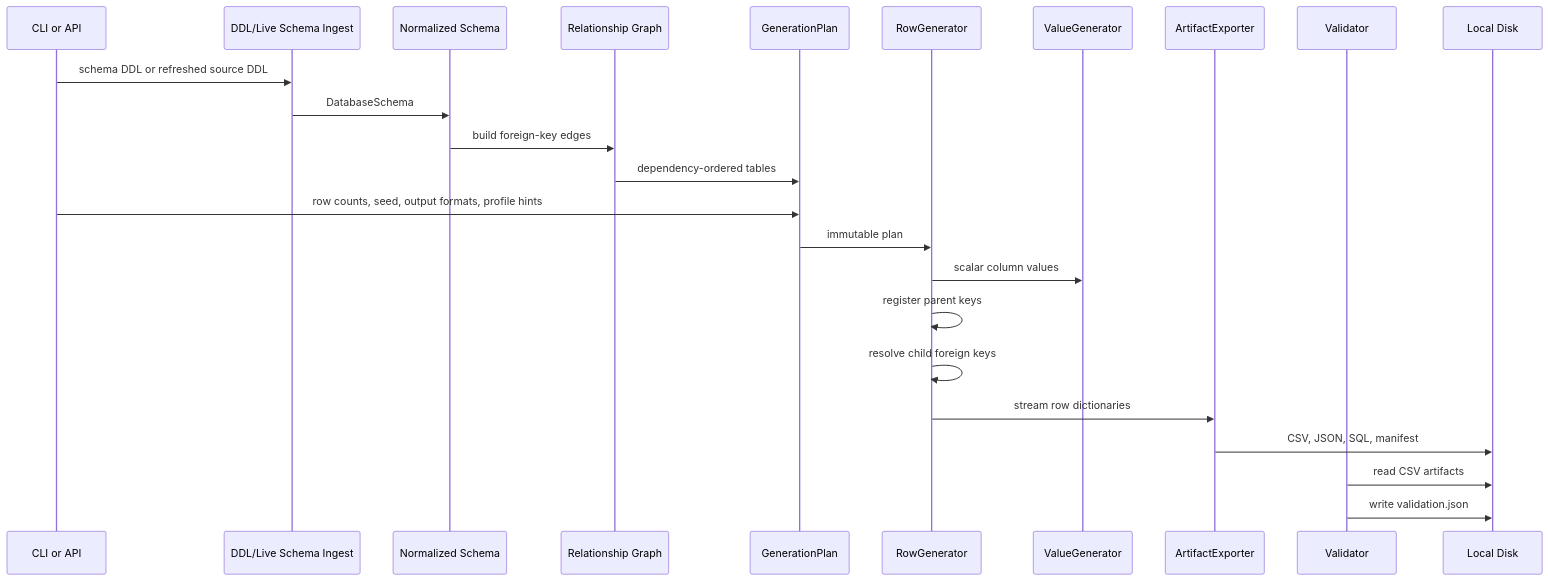
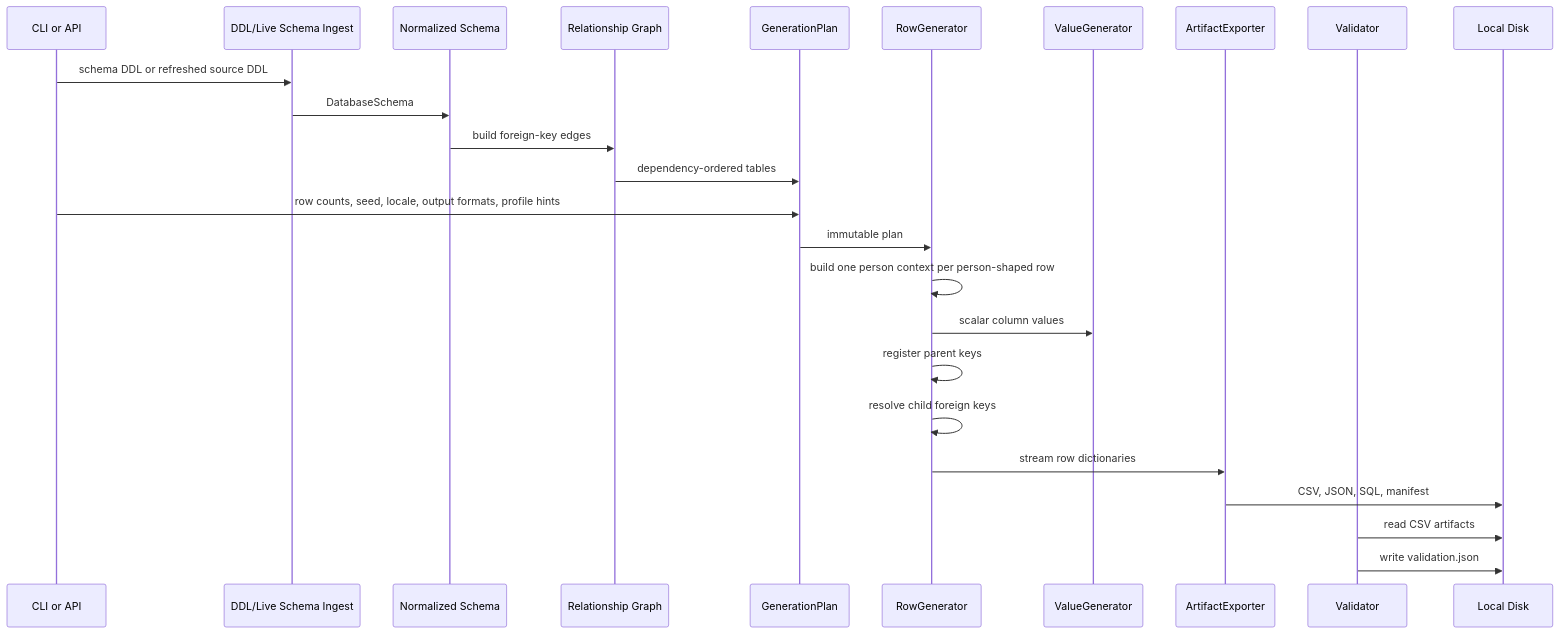
The fourth of 11 diagrams in docs/engineering/low-level-design.md (smitzo/DataBoom), drawn with Mermaid before and after one commit. The commit also changed other lines of this file and 13 other files, not shown here.

````diff
--- a/docs/engineering/low-level-design.md
+++ b/docs/engineering/low-level-design.md
@@ -124,27 +127,28 @@
 ```mermaid
 sequenceDiagram
     participant Client as CLI or API
     participant Ingest as DDL/Live Schema Ingest
     participant Schema as Normalized Schema
     participant Graph as Relationship Graph
     participant Plan as GenerationPlan
     participant Rows as RowGenerator
     participant Values as ValueGenerator
     participant Export as ArtifactExporter
     participant Validate as Validator
     participant Disk as Local Disk
 
     Client->>Ingest: schema DDL or refreshed source DDL
     Ingest->>Schema: DatabaseSchema
     Schema->>Graph: build foreign-key edges
     Graph->>Plan: dependency-ordered tables
-    Client->>Plan: row counts, seed, output formats, profile hints
+    Client->>Plan: row counts, seed, locale, output formats, profile hints
     Plan->>Rows: immutable plan
+    Rows->>Rows: build one person context per person-shaped row
     Rows->>Values: scalar column values
     Rows->>Rows: register parent keys
     Rows->>Rows: resolve child foreign keys
     Rows->>Export: stream row dictionaries
     Export->>Disk: CSV, JSON, SQL, manifest
     Validate->>Disk: read CSV artifacts
     Validate->>Disk: write validation.json
 ```
````
